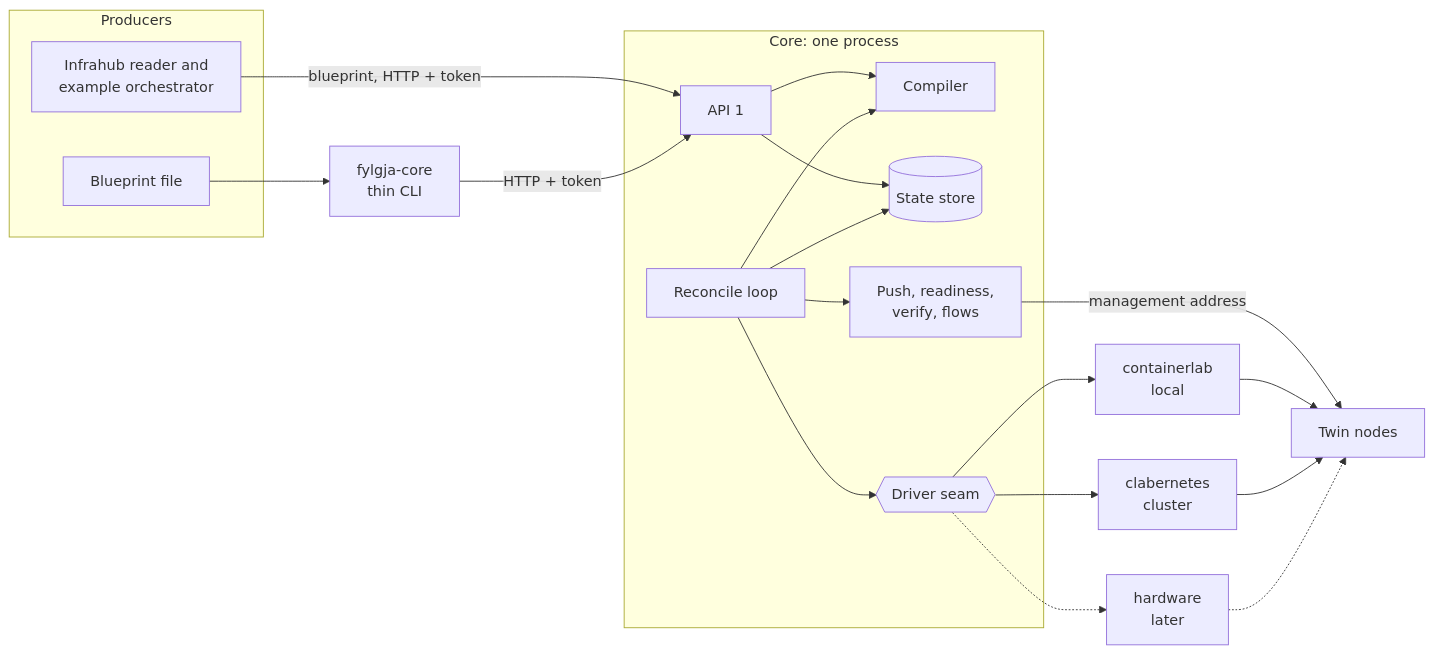
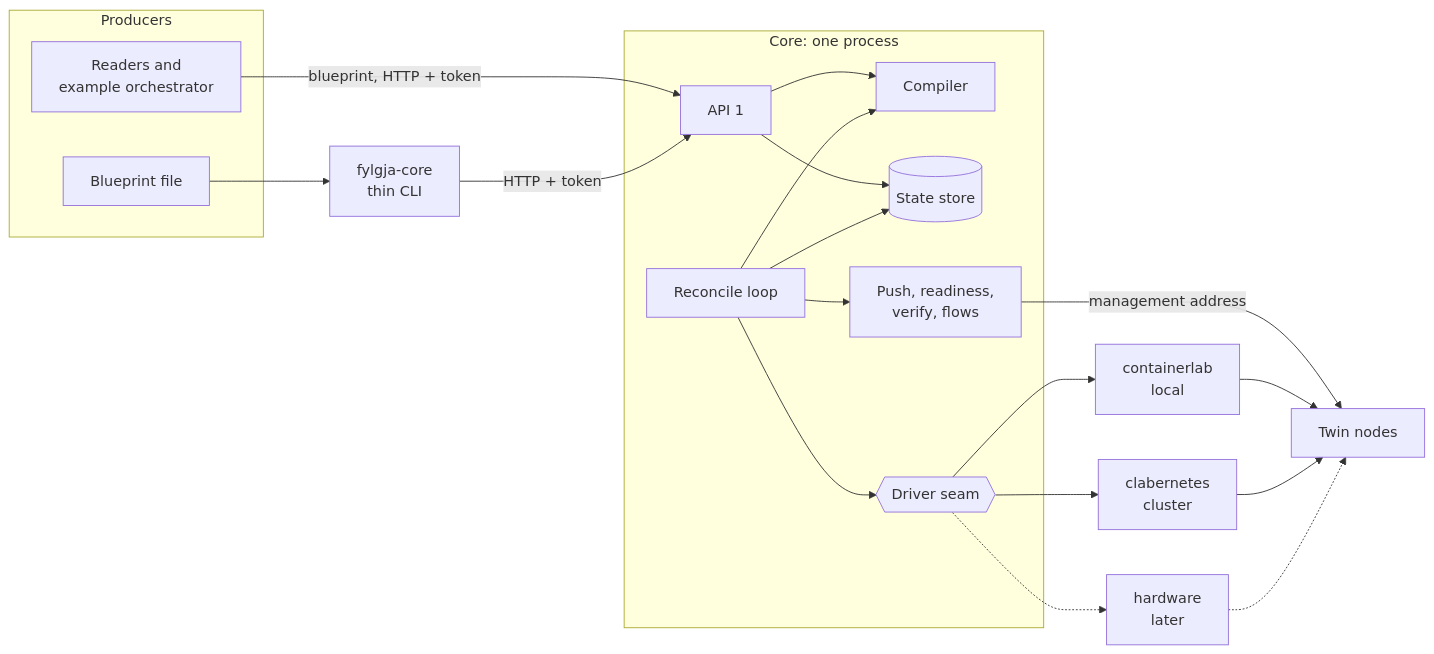
The diagram in design/architecture.md (happypathnetworking/fylgja), drawn with Mermaid before and after one commit. The commit also changed other lines of this file and 130 other files, not shown here.

````diff
--- a/design/architecture.md
+++ b/design/architecture.md
@@ -155,32 +180,32 @@
 ```mermaid
 flowchart LR
   subgraph producers[Producers]
-    ORCH[Infrahub reader and<br/>example orchestrator]
+    ORCH[Readers and<br/>example orchestrator]
     FILE[Blueprint file]
   end
   CLI[fylgja-core<br/>thin CLI]
   subgraph core[Core: one process]
     API[API 1]
     CMP[Compiler]
     LOOP[Reconcile loop]
     ST[(State store)]
     ABOVE[Push, readiness,<br/>verify, flows]
     DRV{{Driver seam}}
   end
   ORCH -- blueprint, HTTP + token --> API
   FILE --> CLI
   CLI -- HTTP + token --> API
   API --> ST
   API --> CMP
   LOOP --> CMP
   LOOP --> ST
   LOOP --> DRV
   LOOP --> ABOVE
   ABOVE -- management address --> NODES[Twin nodes]
   DRV --> CL[containerlab<br/>local]
   DRV --> C9[clabernetes<br/>cluster]
   DRV -.-> HW[hardware<br/>later]
   CL --> NODES
   C9 --> NODES
   HW -.-> NODES
 ```
````
